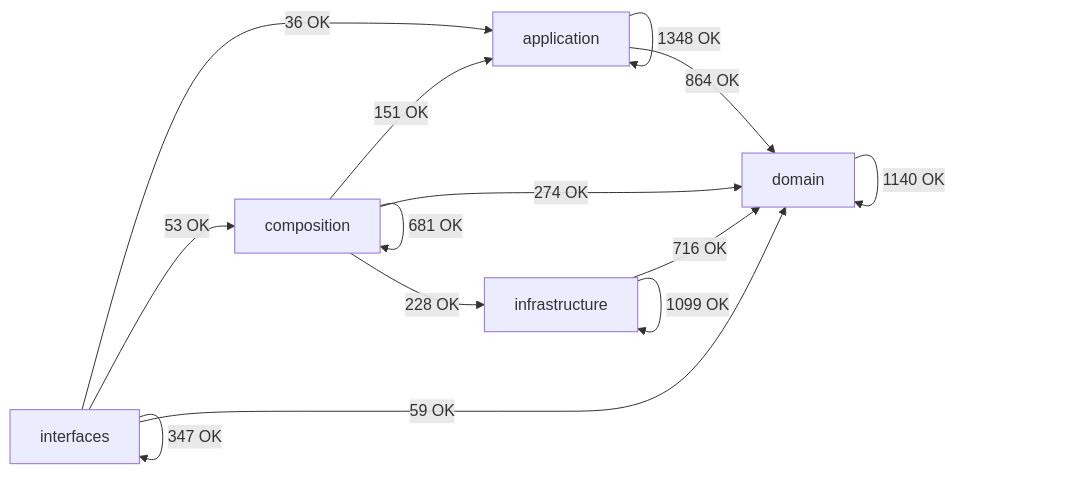
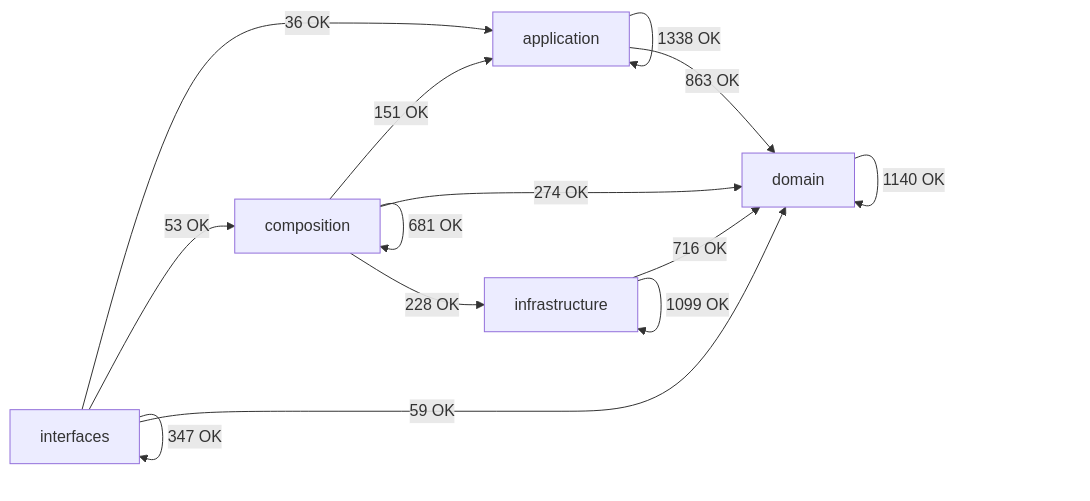
One commit to SatoryKono/BioactivityDataAcquisition changed the diagram in docs/02-architecture/generated/module-dependency-map.md. Above: the diagram before and after it, drawn with Mermaid. The commit also changed other lines of this file and 12 other files, not shown here.

````diff
--- a/docs/02-architecture/generated/module-dependency-map.md
+++ b/docs/02-architecture/generated/module-dependency-map.md
@@ -17,21 +17,21 @@
 ```mermaid
 flowchart LR
     domain[domain]
     application[application]
     infrastructure[infrastructure]
     composition[composition]
     interfaces[interfaces]
-    application -->|1348 OK| application
-    application -->|864 OK| domain
+    application -->|1338 OK| application
+    application -->|863 OK| domain
     composition -->|151 OK| application
     composition -->|681 OK| composition
     composition -->|274 OK| domain
     composition -->|228 OK| infrastructure
     domain -->|1140 OK| domain
     infrastructure -->|716 OK| domain
     infrastructure -->|1099 OK| infrastructure
     interfaces -->|36 OK| application
     interfaces -->|53 OK| composition
     interfaces -->|59 OK| domain
     interfaces -->|347 OK| interfaces
 ```
````
